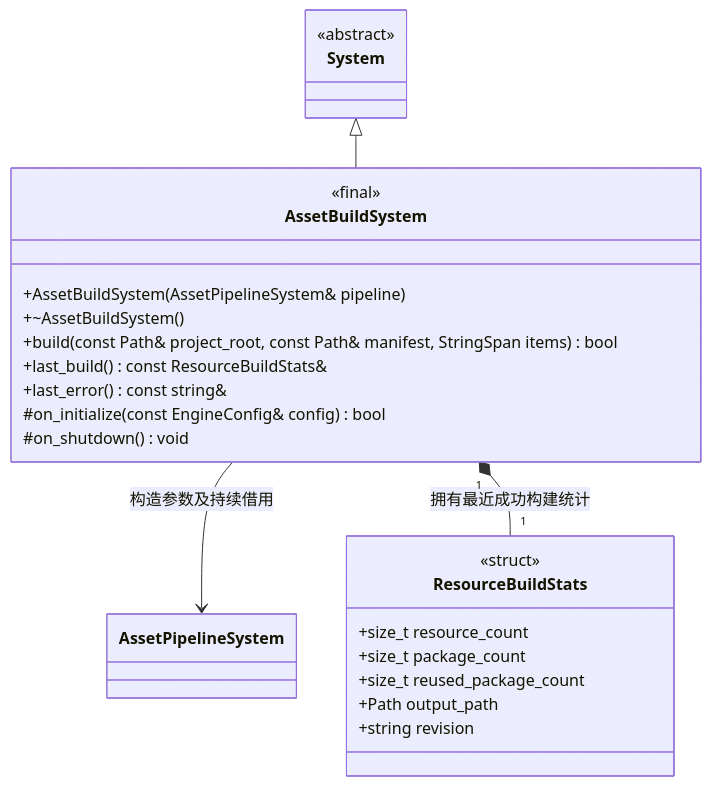
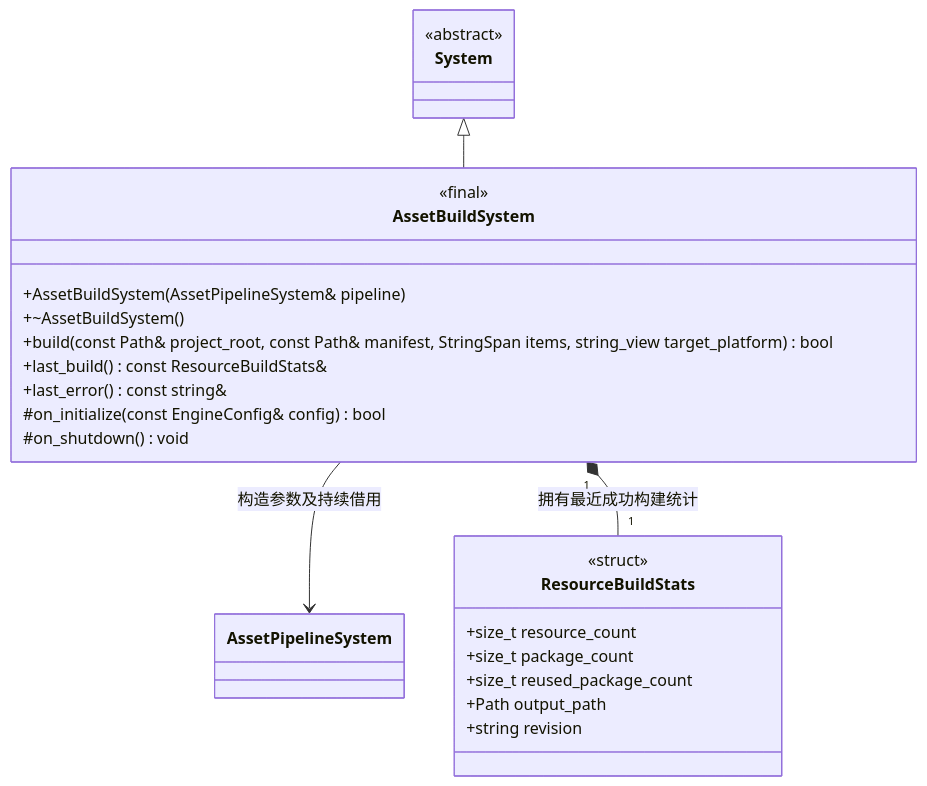
The first of 2 diagrams in docs/plugins/editor/class-diagrams/asset-build-system.md (lcals/Engine), drawn with Mermaid before and after one commit. The commit also changed other lines of this file and 172 other files, not shown here.

````diff
--- a/docs/plugins/editor/class-diagrams/asset-build-system.md
+++ b/docs/plugins/editor/class-diagrams/asset-build-system.md
@@ -9,29 +9,29 @@
 ```mermaid
 classDiagram
     direction TB
     class System {
         <<abstract>>
     }
     class AssetBuildSystem {
         <<final>>
         +AssetBuildSystem(AssetPipelineSystem& pipeline)
         +~AssetBuildSystem()
-        +build(const Path& project_root, const Path& manifest, StringSpan items) bool
+        +build(const Path& project_root, const Path& manifest, StringSpan items, string_view target_platform) bool
         +last_build() const ResourceBuildStats&
         +last_error() const string&
         #on_initialize(const EngineConfig& config) bool
         #on_shutdown() void
     }
     class AssetPipelineSystem
     class ResourceBuildStats {
         <<struct>>
         +size_t resource_count
         +size_t package_count
         +size_t reused_package_count
         +Path output_path
         +string revision
     }
     System <|-- AssetBuildSystem
     AssetBuildSystem --> AssetPipelineSystem : 构造参数及持续借用
     AssetBuildSystem "1" *-- "1" ResourceBuildStats : 拥有最近成功构建统计
 ```
````
